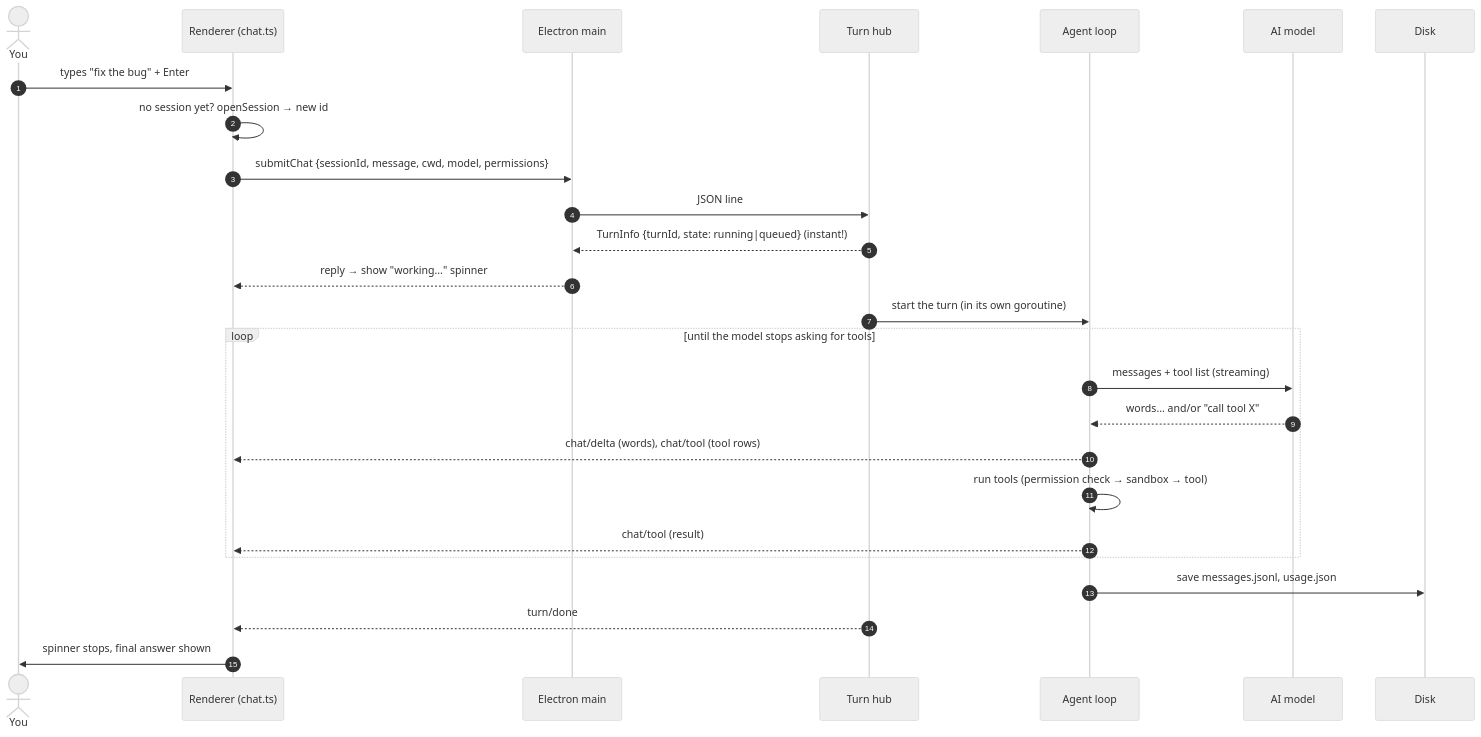
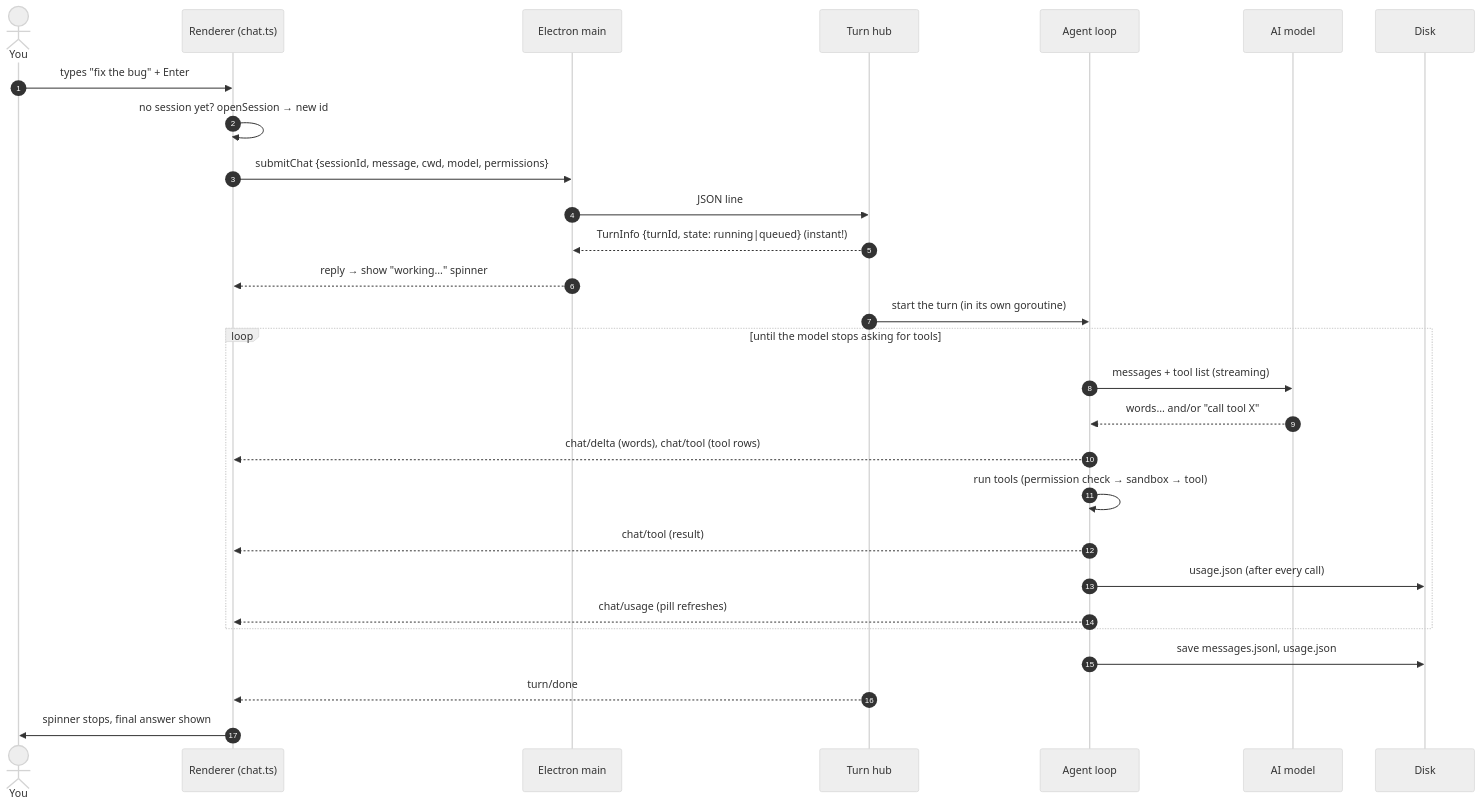
One commit to Ady-JK/paladin changed the second of 18 diagrams in HOW-IT-WORKS.md. Above: the diagram before and after it, drawn with Mermaid (neutral theme). The commit also changed other lines of this file and 11 other files, not shown here.

Commit message:
Refresh spend and context fill after every LLM call (0.8.35)

````diff
--- a/HOW-IT-WORKS.md
+++ b/HOW-IT-WORKS.md
@@ -83,30 +83,32 @@
 ```mermaid
 sequenceDiagram
     autonumber
     actor You
     participant UI as Renderer (chat.ts)
     participant EL as Electron main
     participant Hub as Turn hub
     participant Agent as Agent loop
     participant LLM as AI model
     participant Disk as Disk
 
     You->>UI: types "fix the bug" + Enter
     UI->>UI: no session yet? openSession → new id
     UI->>EL: submitChat {sessionId, message, cwd, model, permissions}
     EL->>Hub: JSON line
     Hub-->>EL: TurnInfo {turnId, state: running|queued}  (instant!)
     EL-->>UI: reply → show "working…" spinner
 
     Hub->>Agent: start the turn (in its own goroutine)
     loop until the model stops asking for tools
         Agent->>LLM: messages + tool list (streaming)
         LLM-->>Agent: words… and/or "call tool X"
         Agent-->>UI: chat/delta (words), chat/tool (tool rows)
         Agent->>Agent: run tools (permission check → sandbox → tool)
         Agent-->>UI: chat/tool (result)
+        Agent->>Disk: usage.json (after every call)
+        Agent-->>UI: chat/usage (pill refreshes)
     end
     Agent->>Disk: save messages.jsonl, usage.json
     Hub-->>UI: turn/done
     UI->>You: spinner stops, final answer shown
 ```
````
